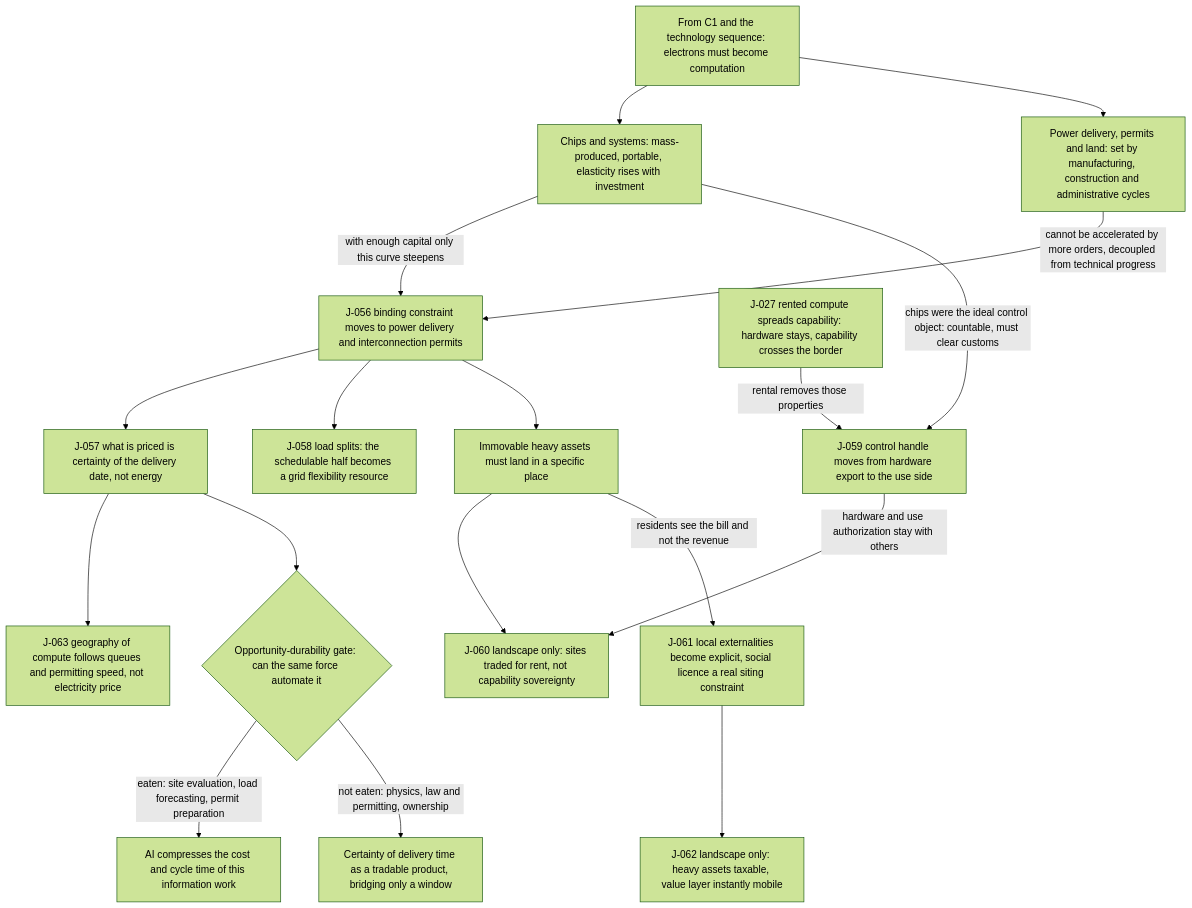
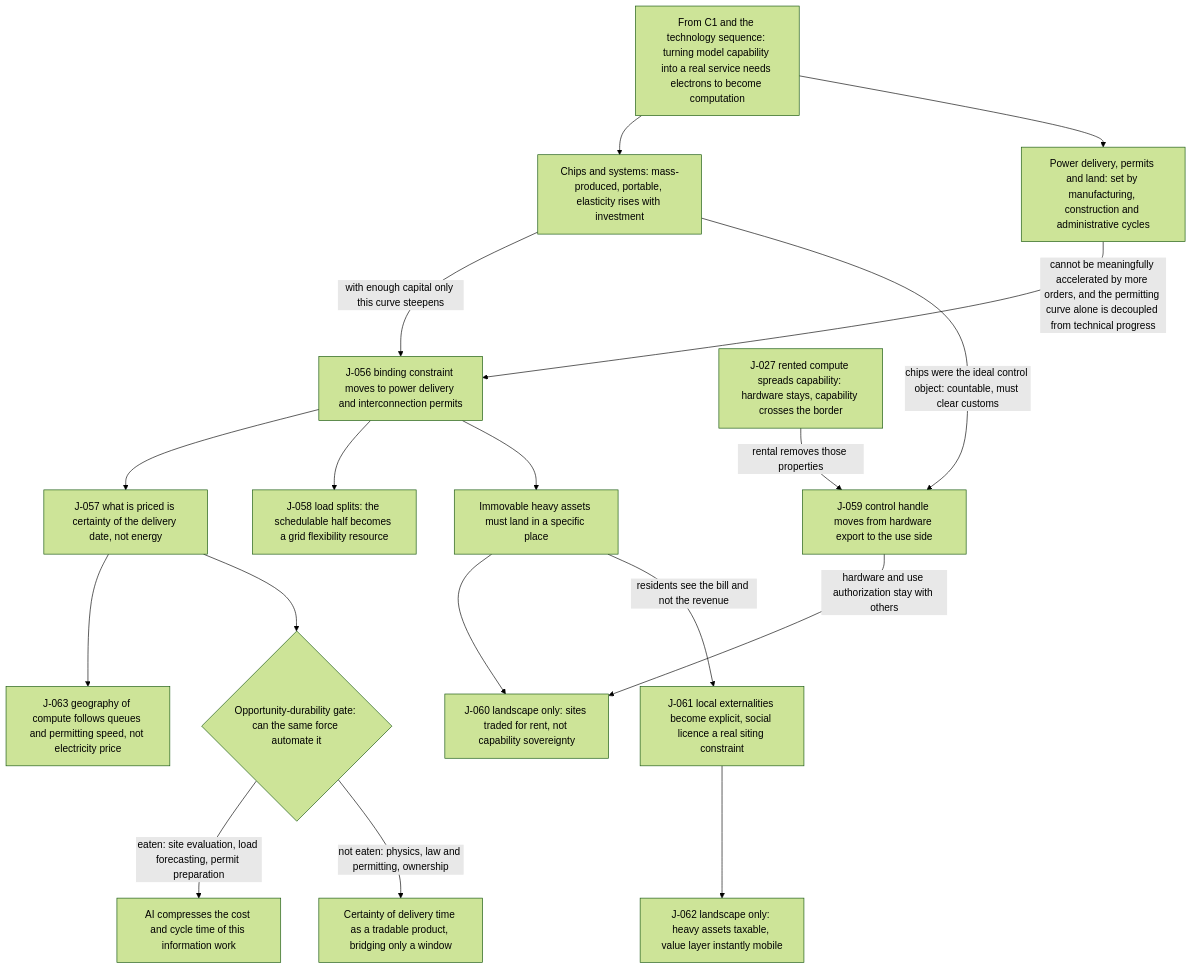
The diagram in docs/en/chains/30-power-land-and-permits.md (SenZhangAI/foresight-by-ai), drawn with Mermaid (forest theme) before and after one commit. The commit also changed 11 other files, not shown here.

````diff
--- a/docs/en/chains/30-power-land-and-permits.md
+++ b/docs/en/chains/30-power-land-and-permits.md
@@ -22,20 +22,20 @@
 ```mermaid
 flowchart TD
-  SERVE["From C1 and the technology sequence: electrons must become computation"] --> CHIP["Chips and systems: mass-produced, portable, elasticity rises with investment"]
+  SERVE["From C1 and the technology sequence: turning model capability into a real service needs electrons to become computation"] --> CHIP["Chips and systems: mass-produced, portable, elasticity rises with investment"]
   SERVE --> SLOW["Power delivery, permits and land: set by manufacturing, construction and administrative cycles"]
   CHIP -->|"with enough capital only this curve steepens"| BIND["J-056 binding constraint moves to power delivery and interconnection permits"]
-  SLOW -->|"cannot be accelerated by more orders, decoupled from technical progress"| BIND
+  SLOW -->|"cannot be meaningfully accelerated by more orders, and the permitting curve alone is decoupled from technical progress"| BIND
   BIND --> CERT["J-057 what is priced is certainty of the delivery date, not energy"]
   CERT --> GEOG["J-063 geography of compute follows queues and permitting speed, not electricity price"]
   BIND --> SPLIT["J-058 load splits: the schedulable half becomes a grid flexibility resource"]
   CHIP -->|"chips were the ideal control object: countable, must clear customs"| USE["J-059 control handle moves from hardware export to the use side"]
   RENT["J-027 rented compute spreads capability: hardware stays, capability crosses the border"] -->|"rental removes those properties"| USE
   BIND --> SITE["Immovable heavy assets must land in a specific place"]
   SITE --> HOST["J-060 landscape only: sites traded for rent, not capability sovereignty"]
   USE -->|"hardware and use authorization stay with others"| HOST
   SITE -->|"residents see the bill and not the revenue"| LIC["J-061 local externalities become explicit, social licence a real siting constraint"]
   LIC --> TAX["J-062 landscape only: heavy assets taxable, value layer instantly mobile"]
   CERT --> GATE{"Opportunity-durability gate: can the same force automate it"}
   GATE -->|"eaten: site evaluation, load forecasting, permit preparation"| EATEN["AI compresses the cost and cycle time of this information work"]
   GATE -->|"not eaten: physics, law and permitting, ownership"| OPP["Certainty of delivery time as a tradable product, bridging only a window"]
 ```
````
